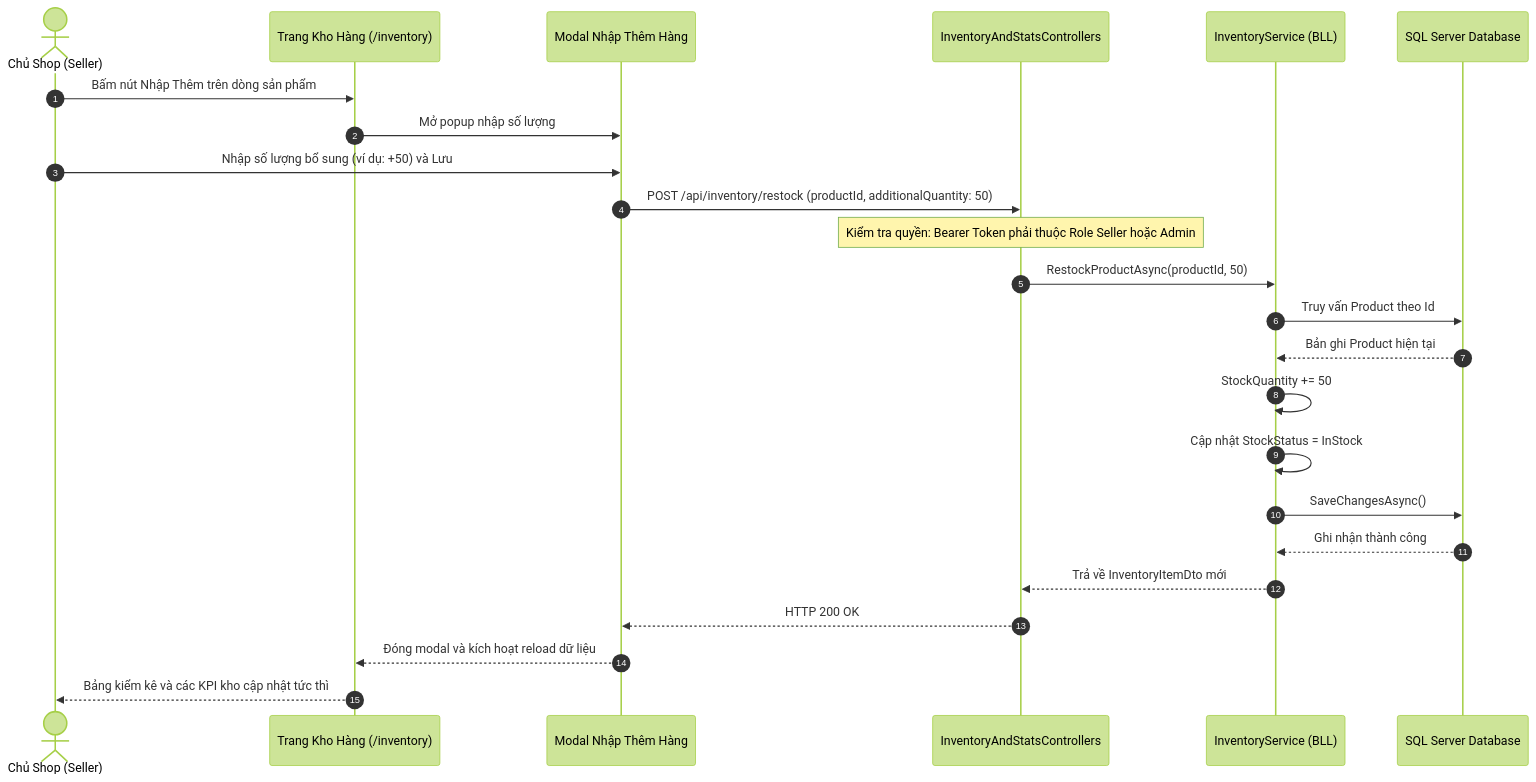
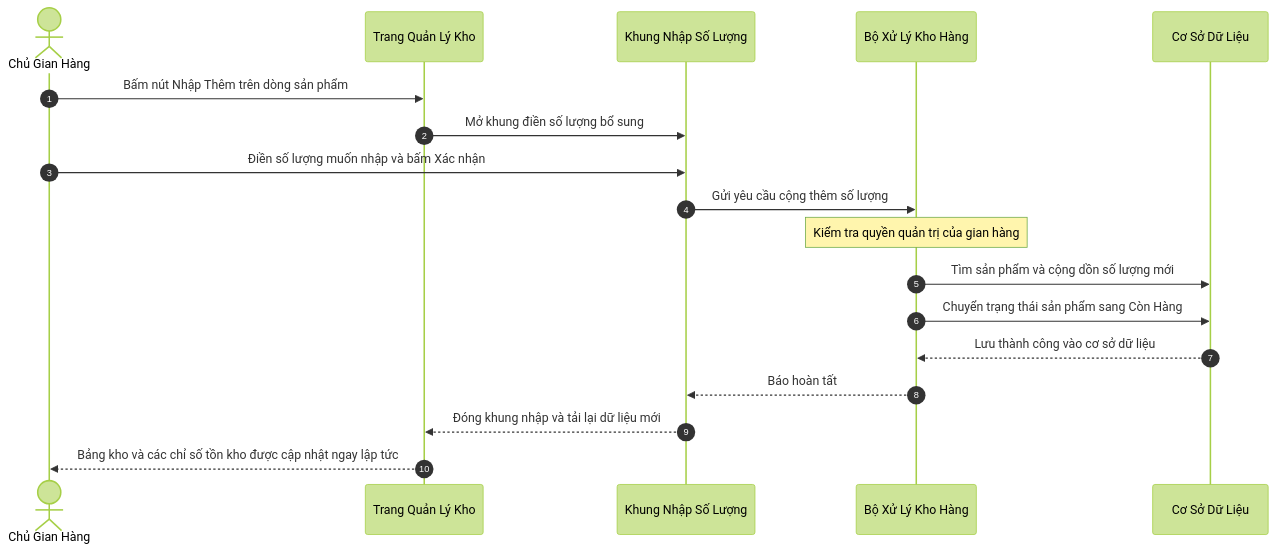
Before and after one commit to longthan12334/He-thong-thuong-mai-ien-tu-tich-hop-AI: diagram 13 of 16 in BAO_CAO_THIET_KE_HE_THONG.md, drawn with Mermaid (forest theme). The commit also changed other lines of this file and 24 other files, not shown here.

````diff
--- a/BAO_CAO_THIET_KE_HE_THONG.md
+++ b/BAO_CAO_THIET_KE_HE_THONG.md
@@ -601,30 +584,23 @@
 ```mermaid
 sequenceDiagram
     autonumber
-    actor Seller as Chủ Shop (Seller)
-    participant InvUI as Trang Kho Hàng (/inventory)
-    participant RestockModal as Modal Nhập Thêm Hàng
-    participant InvAPI as InventoryAndStatsControllers
-    participant InvService as InventoryService (BLL)
-    participant DB as SQL Server Database
+    actor Seller as Chủ Gian Hàng
+    participant InvUI as Trang Quản Lý Kho
+    participant Modal as Khung Nhập Số Lượng
+    participant InvService as Bộ Xử Lý Kho Hàng
+    participant DB as Cơ Sở Dữ Liệu
 
     Seller->>InvUI: Bấm nút Nhập Thêm trên dòng sản phẩm
-    InvUI->>RestockModal: Mở popup nhập số lượng
-    Seller->>RestockModal: Nhập số lượng bổ sung (ví dụ: +50) và Lưu
-    RestockModal->>InvAPI: POST /api/inventory/restock (productId, additionalQuantity: 50)
+    InvUI->>Modal: Mở khung điền số lượng bổ sung
+    Seller->>Modal: Điền số lượng muốn nhập và bấm Xác nhận
+    Modal->>InvService: Gửi yêu cầu cộng thêm số lượng
     
-    note over InvAPI: Kiểm tra quyền: Bearer Token phải thuộc Role Seller hoặc Admin
-    InvAPI->>InvService: RestockProductAsync(productId, 50)
-    InvService->>DB: Truy vấn Product theo Id
-    DB-->>InvService: Bản ghi Product hiện tại
+    note over InvService: Kiểm tra quyền quản trị của gian hàng
+    InvService->>DB: Tìm sản phẩm và cộng dồn số lượng mới
+    InvService->>DB: Chuyển trạng thái sản phẩm sang Còn Hàng
+    DB-->>InvService: Lưu thành công vào cơ sở dữ liệu
     
-    InvService->>InvService: StockQuantity += 50
-    InvService->>InvService: Cập nhật StockStatus = InStock
-    InvService->>DB: SaveChangesAsync()
-    DB-->>InvService: Ghi nhận thành công
-    
-    InvService-->>InvAPI: Trả về InventoryItemDto mới
-    InvAPI-->>RestockModal: HTTP 200 OK
-    RestockModal-->>InvUI: Đóng modal và kích hoạt reload dữ liệu
-    InvUI-->>Seller: Bảng kiểm kê và các KPI kho cập nhật tức thì
+    InvService-->>Modal: Báo hoàn tất
+    Modal-->>InvUI: Đóng khung nhập và tải lại dữ liệu mới
+    InvUI-->>Seller: Bảng kho và các chỉ số tồn kho được cập nhật ngay lập tức
 ```
````
